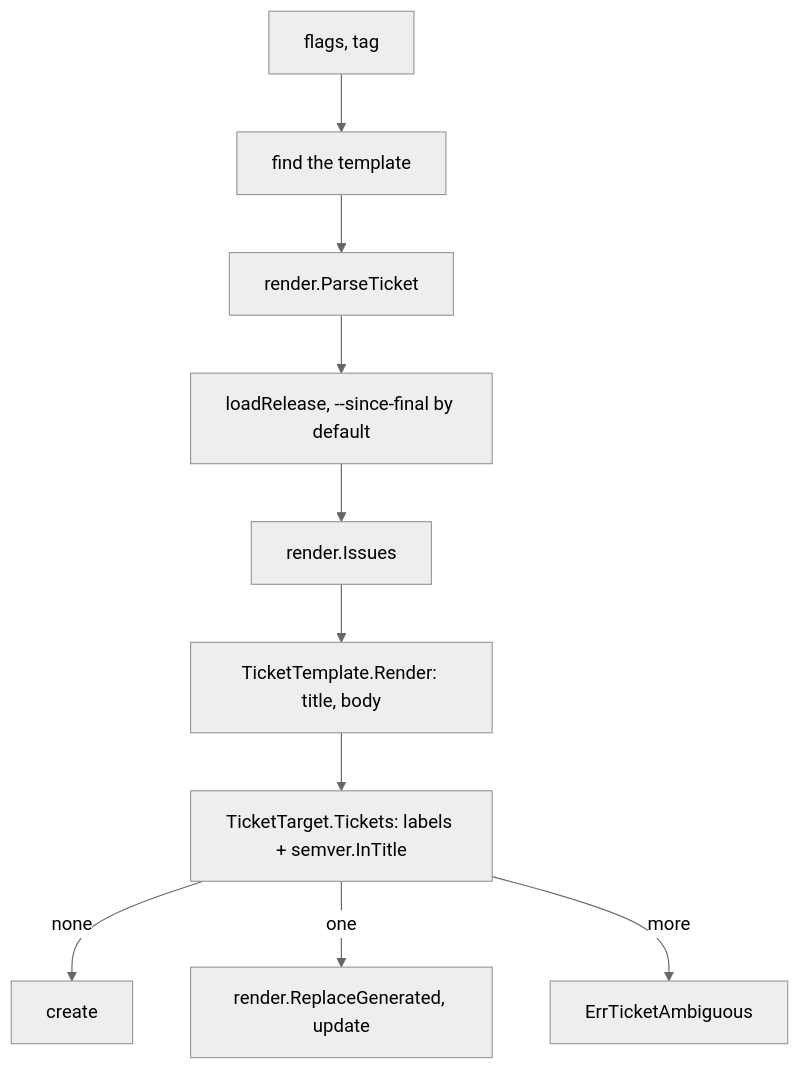
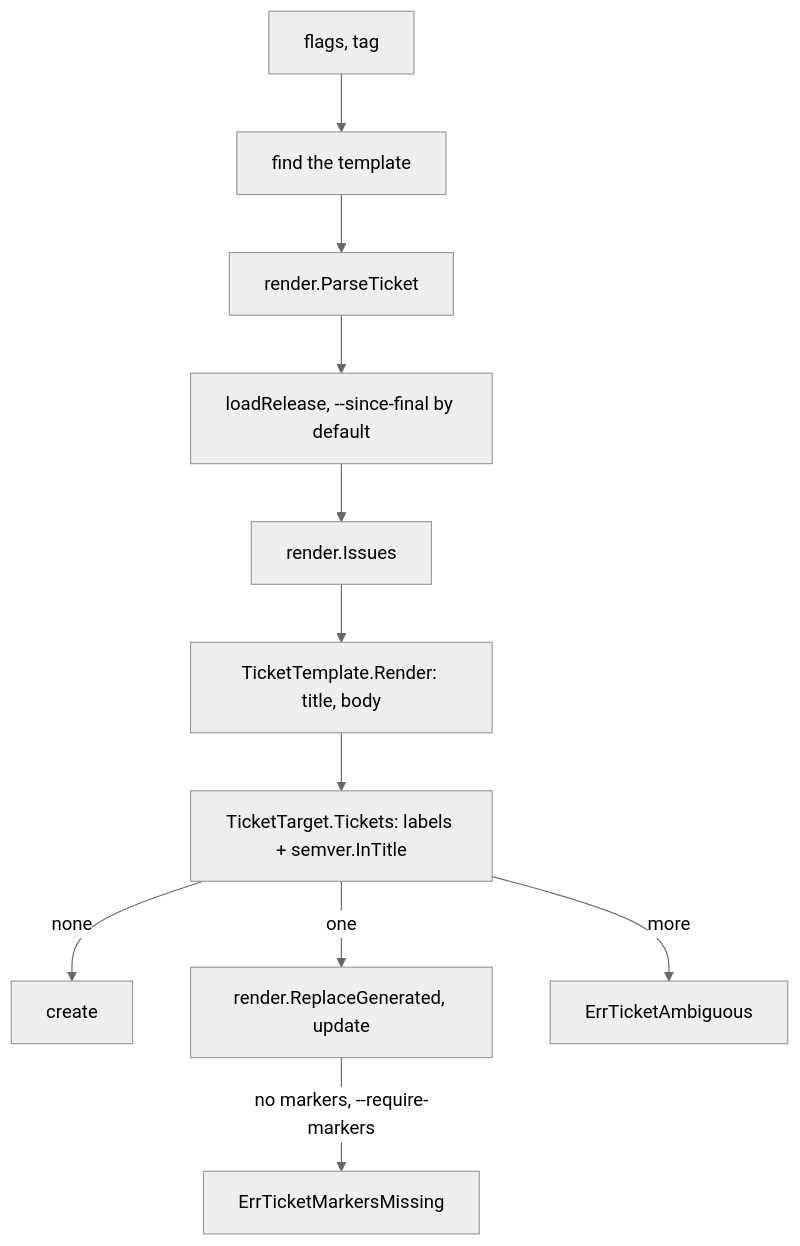
One commit to specsnl/gh-release-changes changed the diagram in docs/content/docs/architecture/ticket.md. Above: the diagram before and after it, drawn with Mermaid (neutral theme). The commit also changed other lines of this file and 8 other files, not shown here.

Commit message:
Add ticket --require-markers to fail instead of appending to a ticket without markers

````diff
--- a/docs/content/docs/architecture/ticket.md
+++ b/docs/content/docs/architecture/ticket.md
@@ -27,12 +27,13 @@
 ```mermaid
 flowchart TD
   A[flags, tag] --> B[find the template]
   B --> C[render.ParseTicket]
   C --> D[loadRelease, --since-final by default]
   D --> E[render.Issues]
   E --> F[TicketTemplate.Render: title, body]
   F --> G[TicketTarget.Tickets: labels + semver.InTitle]
   G -->|none| H[create]
   G -->|one| I[render.ReplaceGenerated, update]
+  I -->|no markers, --require-markers| K[ErrTicketMarkersMissing]
   G -->|more| J[ErrTicketAmbiguous]
 ```
````
